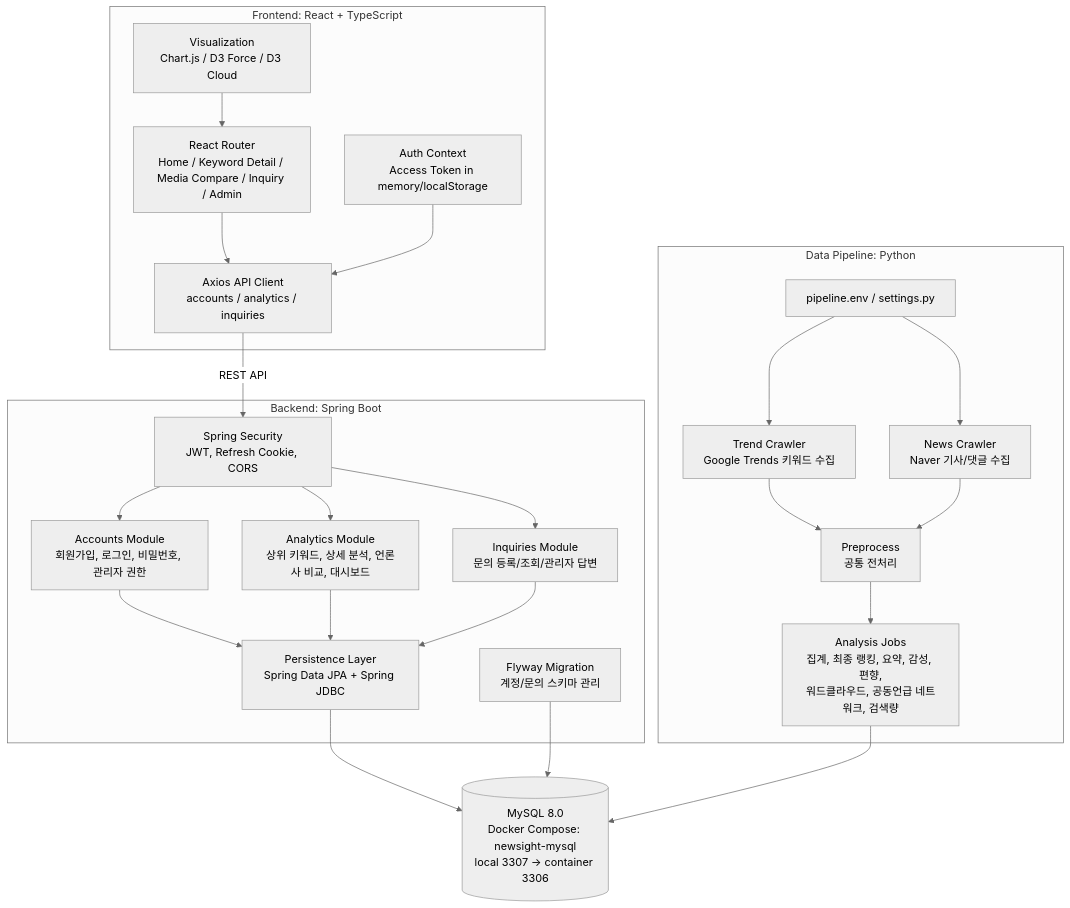
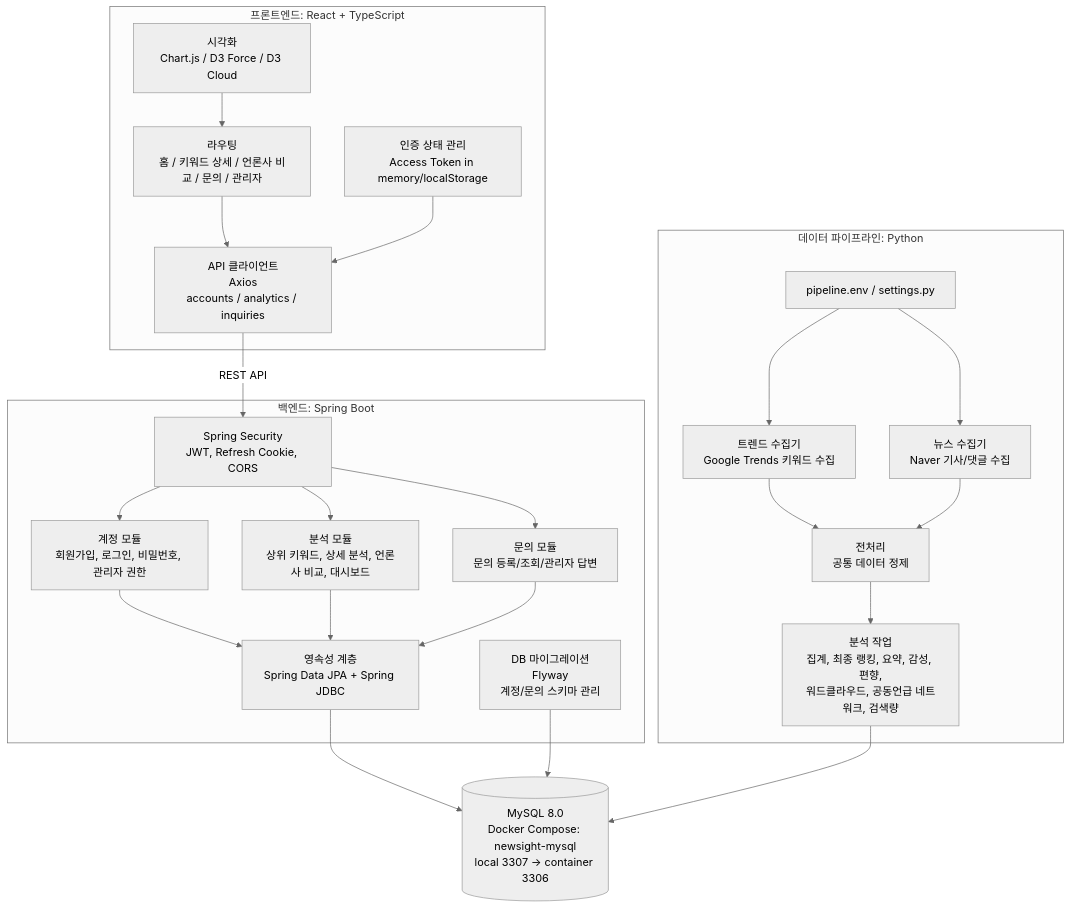
The second of 5 diagrams in docs/architecture-draft.md (sssat/graduation-project), drawn with Mermaid (neutral theme) before and after one commit. The commit also changed other lines of this file, not shown here.

````diff
--- a/docs/architecture-draft.md
+++ b/docs/architecture-draft.md
@@ -42,48 +40,48 @@
 ```mermaid
 flowchart TB
-  subgraph Client["Frontend: React + TypeScript"]
-    Router["React Router<br/>Home / Keyword Detail / Media Compare / Inquiry / Admin"]
-    ApiClient["Axios API Client<br/>accounts / analytics / inquiries"]
-    AuthState["Auth Context<br/>Access Token in memory/localStorage"]
-    Charts["Visualization<br/>Chart.js / D3 Force / D3 Cloud"]
+  subgraph Client["프론트엔드: React + TypeScript"]
+    Router["라우팅<br/>홈 / 키워드 상세 / 언론사 비교 / 문의 / 관리자"]
+    ApiClient["API 클라이언트<br/>Axios<br/>accounts / analytics / inquiries"]
+    AuthState["인증 상태 관리<br/>Access Token in memory/localStorage"]
+    Charts["시각화<br/>Chart.js / D3 Force / D3 Cloud"]
   end
 
-  subgraph Api["Backend: Spring Boot"]
+  subgraph Api["백엔드: Spring Boot"]
     Security["Spring Security<br/>JWT, Refresh Cookie, CORS"]
-    Accounts["Accounts Module<br/>회원가입, 로그인, 비밀번호, 관리자 권한"]
-    Analytics["Analytics Module<br/>상위 키워드, 상세 분석, 언론사 비교, 대시보드"]
-    Inquiries["Inquiries Module<br/>문의 등록/조회/관리자 답변"]
-    Persistence["Persistence Layer<br/>Spring Data JPA + Spring JDBC"]
-    Flyway["Flyway Migration<br/>계정/문의 스키마 관리"]
+    Accounts["계정 모듈<br/>회원가입, 로그인, 비밀번호, 관리자 권한"]
+    Analytics["분석 모듈<br/>상위 키워드, 상세 분석, 언론사 비교, 대시보드"]
+    Inquiries["문의 모듈<br/>문의 등록/조회/관리자 답변"]
+    Persistence["영속성 계층<br/>Spring Data JPA + Spring JDBC"]
+    Flyway["DB 마이그레이션<br/>Flyway<br/>계정/문의 스키마 관리"]
   end
 
-  subgraph Batch["Data Pipeline: Python"]
-    TrendCrawler["Trend Crawler<br/>Google Trends 키워드 수집"]
-    NewsCrawler["News Crawler<br/>Naver 기사/댓글 수집"]
-    Preprocess["Preprocess<br/>공통 전처리"]
-    AnalysisJobs["Analysis Jobs<br/>집계, 최종 랭킹, 요약, 감성, 편향,<br/>워드클라우드, 공동언급 네트워크, 검색량"]
+  subgraph Batch["데이터 파이프라인: Python"]
+    TrendCrawler["트렌드 수집기<br/>Google Trends 키워드 수집"]
+    NewsCrawler["뉴스 수집기<br/>Naver 기사/댓글 수집"]
+    Preprocess["전처리<br/>공통 데이터 정제"]
+    AnalysisJobs["분석 작업<br/>집계, 최종 랭킹, 요약, 감성, 편향,<br/>워드클라우드, 공동언급 네트워크, 검색량"]
     PipelineConfig["pipeline.env / settings.py"]
   end
 
   MySQL[("MySQL 8.0<br/>Docker Compose: newsight-mysql<br/>local 3307 -> container 3306")]
 
   Router --> ApiClient
   AuthState --> ApiClient
   Charts --> Router
   ApiClient -->|"REST API"| Security
   Security --> Accounts
   Security --> Analytics
   Security --> Inquiries
   Accounts --> Persistence
   Analytics --> Persistence
   Inquiries --> Persistence
   Persistence --> MySQL
   Flyway --> MySQL
 
   PipelineConfig --> TrendCrawler
   PipelineConfig --> NewsCrawler
   TrendCrawler --> Preprocess
   NewsCrawler --> Preprocess
   Preprocess --> AnalysisJobs
   AnalysisJobs --> MySQL
 ```
````
